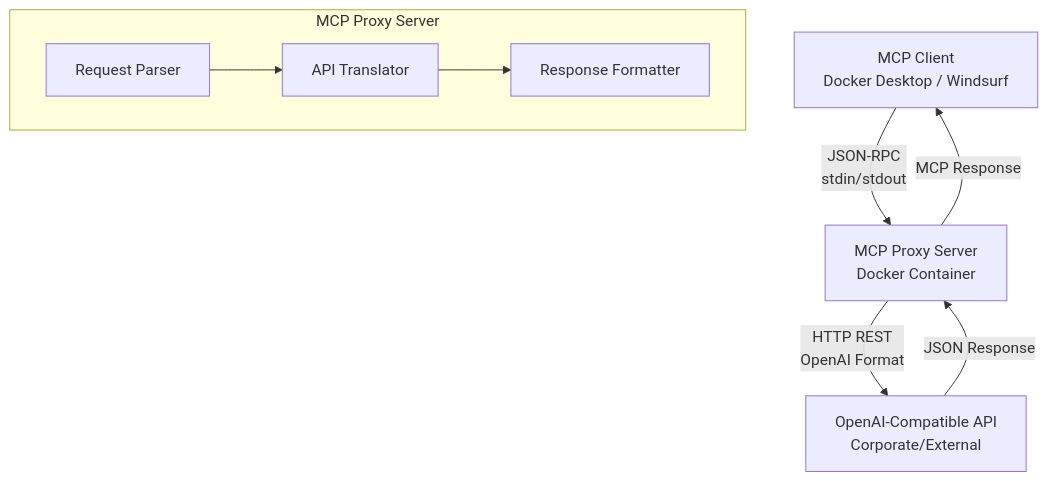
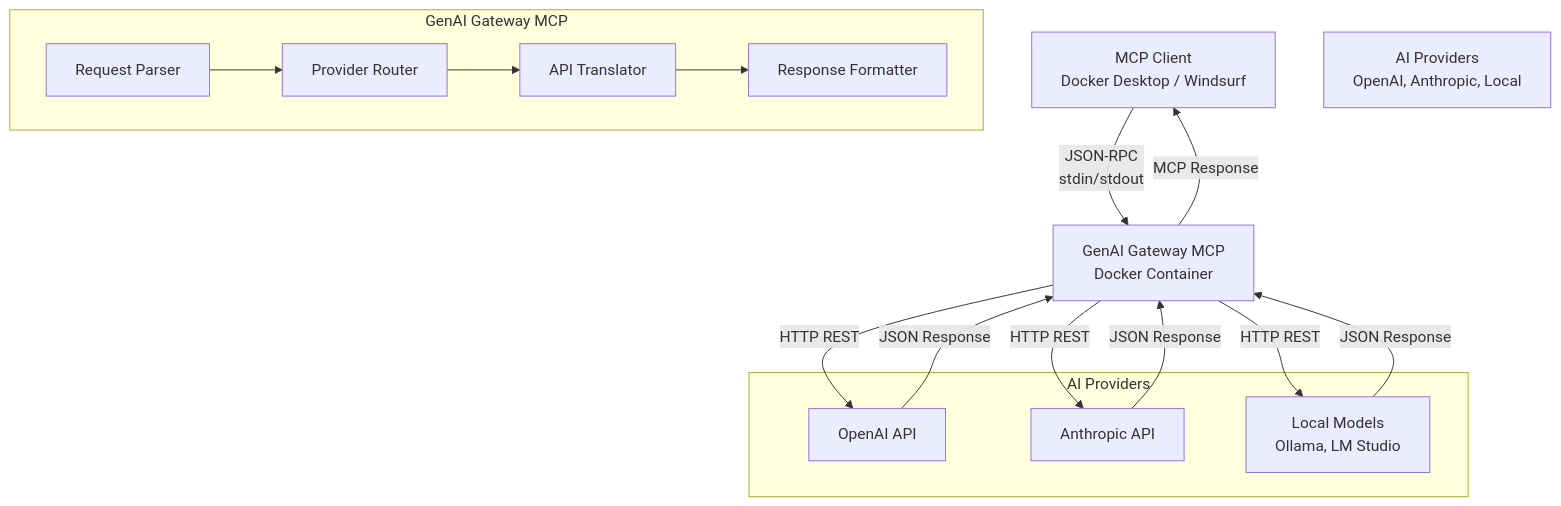
The first of 2 diagrams in docs/spec/README.md (genai-tools/anygpt), drawn with Mermaid before and after one commit. The commit also changed other lines of this file and 5 other files, not shown here.

Commit message:
docs: rename OpenAI Gateway to GenAI Gateway and add multi-provider support

````diff
--- a/docs/spec/README.md
+++ b/docs/spec/README.md
@@ -30,20 +39,32 @@
 ```mermaid
 graph TD
     Client[MCP Client<br/>Docker Desktop / Windsurf]
-    Proxy[MCP Proxy Server<br/>Docker Container]
-    API[OpenAI-Compatible API<br/>Corporate/External]
+    Gateway[GenAI Gateway MCP<br/>Docker Container]
+    Providers[AI Providers<br/>OpenAI, Anthropic, Local]
+    
+    subgraph "AI Providers"
+        OpenAI[OpenAI API]
+        Anthropic[Anthropic API]
+        Local[Local Models<br/>Ollama, LM Studio]
+    end
 
-    Client -->|JSON-RPC<br/>stdin/stdout| Proxy
-    Proxy -->|HTTP REST<br/>OpenAI Format| API
-    API -->|JSON Response| Proxy
-    Proxy -->|MCP Response| Client
+    Client -->|JSON-RPC<br/>stdin/stdout| Gateway
+    Gateway -->|HTTP REST| OpenAI
+    Gateway -->|HTTP REST| Anthropic
+    Gateway -->|HTTP REST| Local
+    OpenAI -->|JSON Response| Gateway
+    Anthropic -->|JSON Response| Gateway
+    Local -->|JSON Response| Gateway
+    Gateway -->|MCP Response| Client
 
-    subgraph "MCP Proxy Server"
+    subgraph "GenAI Gateway MCP"
         Parser[Request Parser]
+        Router[Provider Router]
         Translator[API Translator]
         Formatter[Response Formatter]
         
-        Parser --> Translator
+        Parser --> Router
+        Router --> Translator
         Translator --> Formatter
     end
 ```
````
